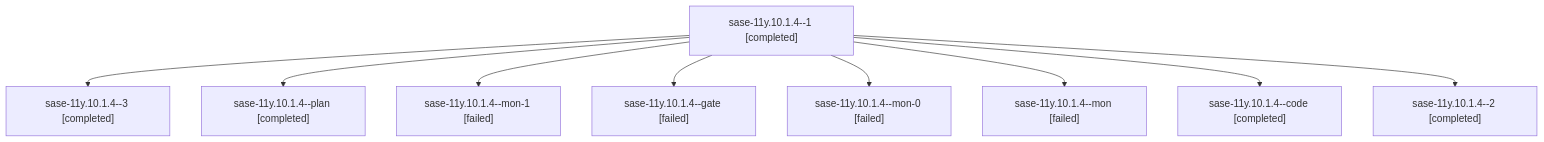
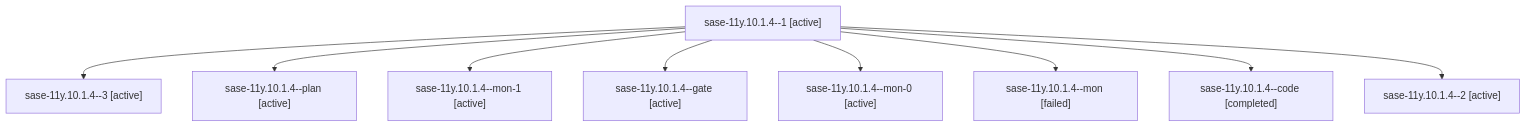
The diagram in families/bbugyi200.athena.sase-11y.10.1.4.md (sase-org/sase--agents), drawn with Mermaid before and after one commit. The commit also changed other lines of this file and 35830 other files, not shown here.

````diff
--- a/families/bbugyi200.athena.sase-11y.10.1.4.md
+++ b/families/bbugyi200.athena.sase-11y.10.1.4.md
@@ -9,20 +9,20 @@
 ```mermaid
 flowchart TD
-  n0["sase-11y.10.1.4--1 [completed]"]
-  n1["sase-11y.10.1.4--3 [completed]"]
+  n0["sase-11y.10.1.4--1 [active]"]
+  n1["sase-11y.10.1.4--3 [active]"]
   n0 --> n1
-  n2["sase-11y.10.1.4--plan [completed]"]
+  n2["sase-11y.10.1.4--plan [active]"]
   n0 --> n2
-  n3["sase-11y.10.1.4--mon-1 [failed]"]
+  n3["sase-11y.10.1.4--mon-1 [active]"]
   n0 --> n3
-  n4["sase-11y.10.1.4--gate [failed]"]
+  n4["sase-11y.10.1.4--gate [active]"]
   n0 --> n4
-  n5["sase-11y.10.1.4--mon-0 [failed]"]
+  n5["sase-11y.10.1.4--mon-0 [active]"]
   n0 --> n5
   n6["sase-11y.10.1.4--mon [failed]"]
   n0 --> n6
   n7["sase-11y.10.1.4--code [completed]"]
   n0 --> n7
-  n8["sase-11y.10.1.4--2 [completed]"]
+  n8["sase-11y.10.1.4--2 [active]"]
   n0 --> n8
 ```
````
